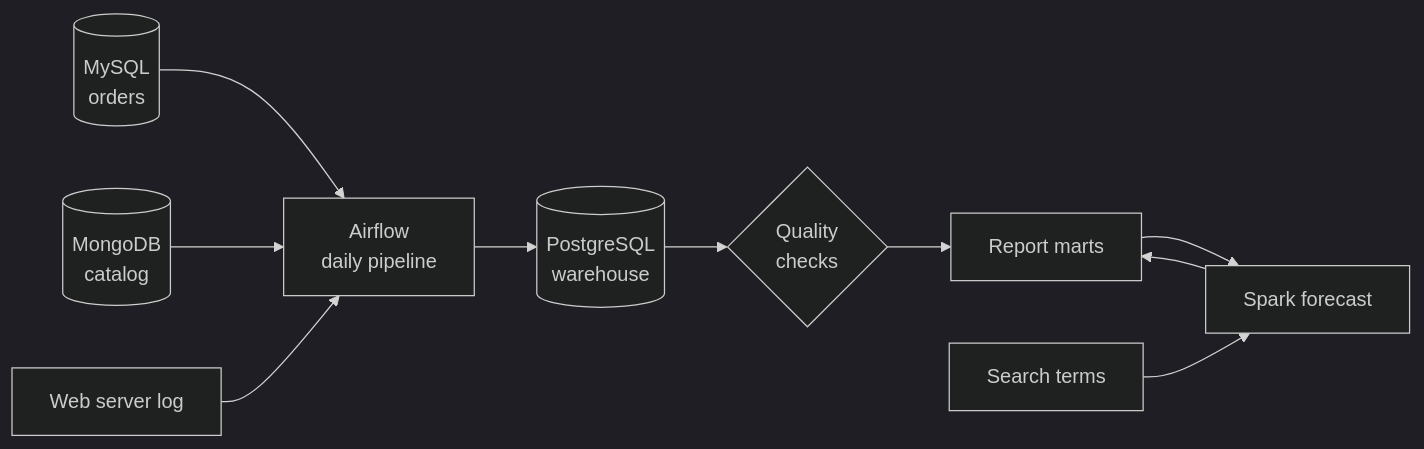
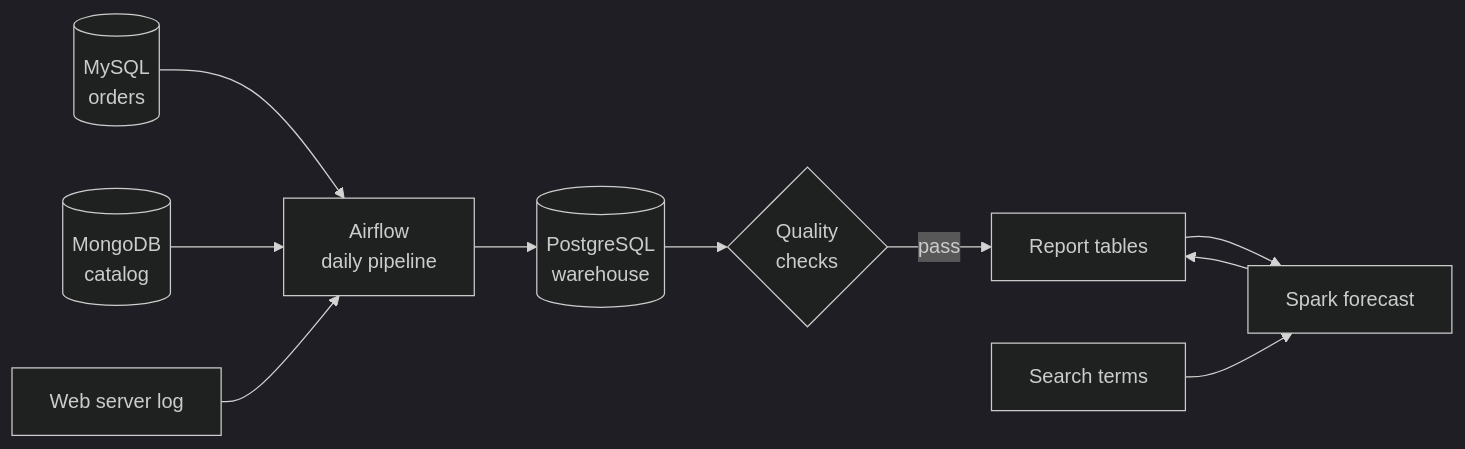
The diagram in README.md (bunyamin-polat/cart-pulse), drawn with Mermaid (dark theme) before and after one commit. The commit also changed other lines of this file and 2 other files, not shown here.

````diff
--- a/README.md
+++ b/README.md
@@ -28,12 +29,12 @@
 ```mermaid
 flowchart LR
     orders[(MySQL<br/>orders)] --> airflow[Airflow<br/>daily pipeline]
     catalog[(MongoDB<br/>catalog)] --> airflow
     logs[Web server log] --> airflow
     airflow --> dw[(PostgreSQL<br/>warehouse)]
     dw --> gate{Quality<br/>checks}
-    gate --> marts[Report marts]
+    gate -->|pass| marts[Report tables]
     marts --> spark[Spark forecast]
     spark --> marts
     search[Search terms] --> spark
 ```
````
